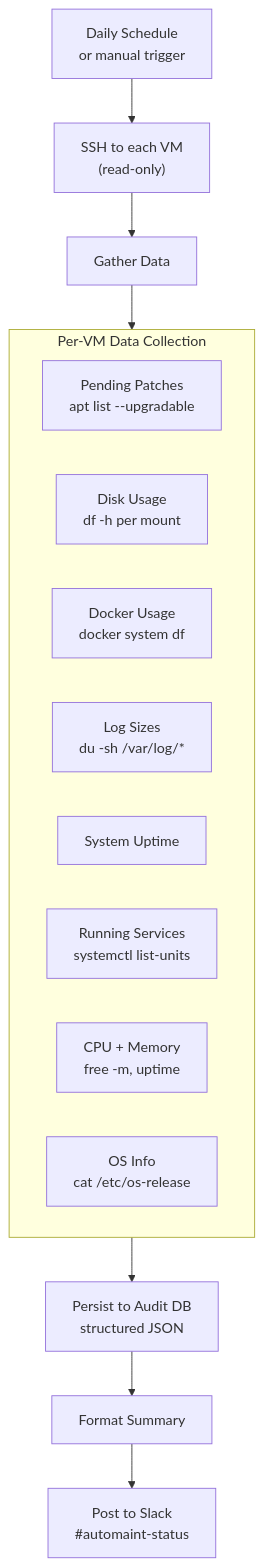
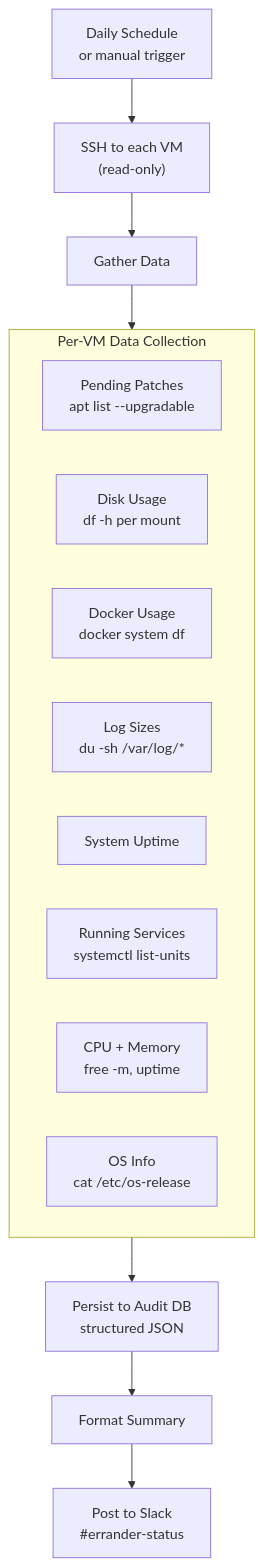
One commit to psc0des/Errander-AI changed the eighth of 12 diagrams in docs/SPEC.md. Above: the diagram before and after it, drawn with Mermaid. The commit also changed other lines of this file and 184 other files, not shown here.

````diff
--- a/docs/SPEC.md
+++ b/docs/SPEC.md
@@ -1056,22 +1056,22 @@
 ```mermaid
 graph TD
     trigger["Daily Schedule<br/>or manual trigger"] --> connect["SSH to each VM<br/>(read-only)"]
     connect --> gather["Gather Data"]
 
     subgraph gather_detail["Per-VM Data Collection"]
         patches["Pending Patches<br/>apt list --upgradable"]
         disk["Disk Usage<br/>df -h per mount"]
         docker_du["Docker Usage<br/>docker system df"]
         logs_du["Log Sizes<br/>du -sh /var/log/*"]
         uptime["System Uptime"]
         services["Running Services<br/>systemctl list-units"]
         resources["CPU + Memory<br/>free -m, uptime"]
         os_info["OS Info<br/>cat /etc/os-release"]
     end
 
     gather --> gather_detail
     gather_detail --> persist["Persist to Audit DB<br/>structured JSON"]
     persist --> format["Format Summary"]
-    format --> slack_post["Post to Slack<br/>#automaint-status"]
+    format --> slack_post["Post to Slack<br/>#errander-status"]
 
 ```
````
